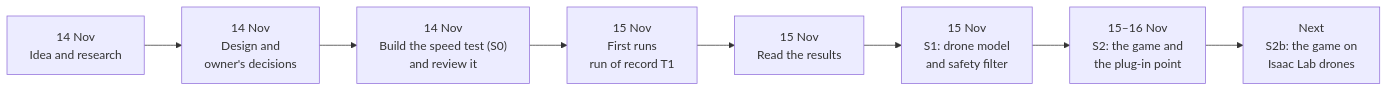
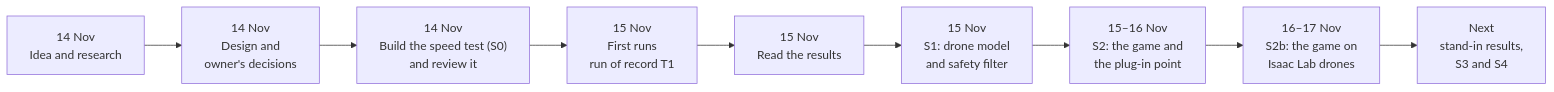
The diagram in svg_training/docs/WHAT_WE_DID.md (AI-DA-STC/AirStack-starling-max2), drawn with Mermaid before and after one commit. The commit also changed other lines of this file and 10 other files, not shown here.

Commit message:
svg_training S2b Task 10: S2B_RESULTS.md (generated flowchart, clips, one section per run, over/under finding, owner's choice (a)); status lines, glossary, WHAT_WE_DID, DESIGN, STANDARDS; stand-in section pending

````diff
--- a/svg_training/docs/WHAT_WE_DID.md
+++ b/svg_training/docs/WHAT_WE_DID.md
@@ -10,10 +10,11 @@
 ```mermaid
 flowchart LR
   A["14 Nov<br/>Idea and research"] --> B["14 Nov<br/>Design and<br/>owner's decisions"]
   B --> C["14 Nov<br/>Build the speed test (S0)<br/>and review it"]
   C --> D["15 Nov<br/>First runs<br/>run of record T1"]
   D --> E["15 Nov<br/>Read the results"]
   E --> F["15 Nov<br/>S1: drone model<br/>and safety filter"]
   F --> G["15–16 Nov<br/>S2: the game and<br/>the plug-in point"]
-  G --> H["Next<br/>S2b: the game on<br/>Isaac Lab drones"]
+  G --> H["16–17 Nov<br/>S2b: the game on<br/>Isaac Lab drones"]
+  H --> I["Next<br/>stand-in results,<br/>S3 and S4"]
 ```
````
